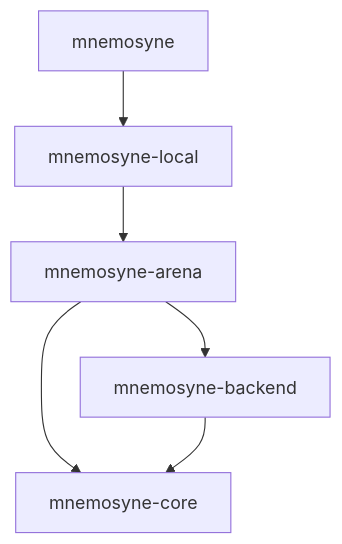
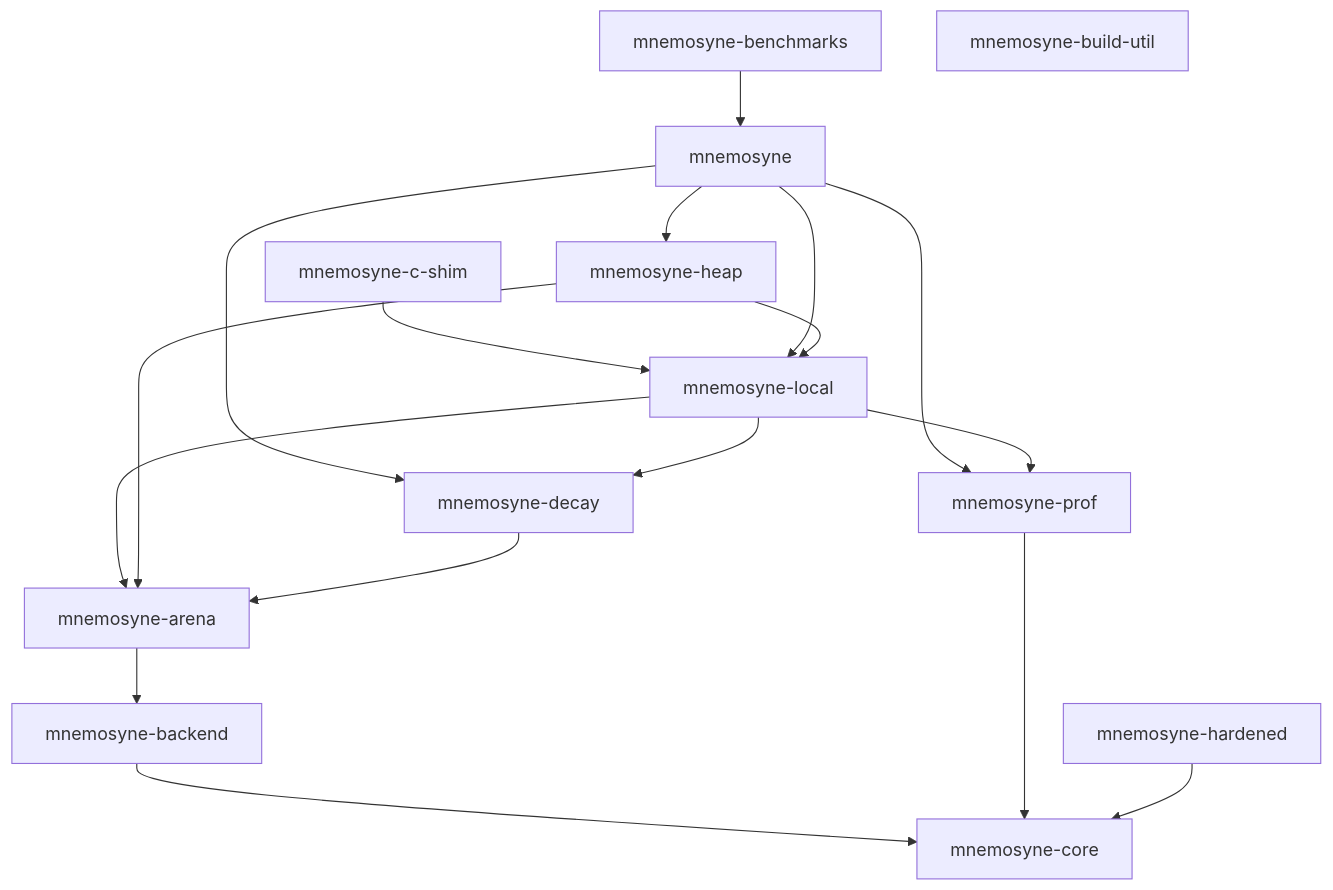
One commit to ryancinsight/Mnemosyne changed the diagram in README.md. Above: the diagram before and after it, drawn with Mermaid. The commit also changed other lines of this file and 22 other files, not shown here.

First line of the commit message:
docs(mnemosyne): Fix eight dead local-filesystem links and the panic-free claim

````diff
--- a/README.md
+++ b/README.md
@@ -156,8 +166,20 @@
 ```mermaid
 graph TD
+    Shim[mnemosyne-c-shim] --> Local
+    Bench[mnemosyne-benchmarks] --> Shell
     Shell[mnemosyne] --> Local[mnemosyne-local]
+    Shell --> Heap[mnemosyne-heap]
+    Shell --> Decay[mnemosyne-decay]
+    Shell --> Prof[mnemosyne-prof]
+    Heap --> Local
+    Local --> Decay
+    Local --> Prof
     Local --> Arena[mnemosyne-arena]
-    Arena --> Core[mnemosyne-core]
+    Heap --> Arena
+    Decay --> Arena
     Arena --> Backend[mnemosyne-backend]
-    Backend --> Core
+    Backend --> Core[mnemosyne-core]
+    Prof --> Core
+    Hardened[mnemosyne-hardened] --> Core
+    BuildUtil[mnemosyne-build-util]
 ```
````
